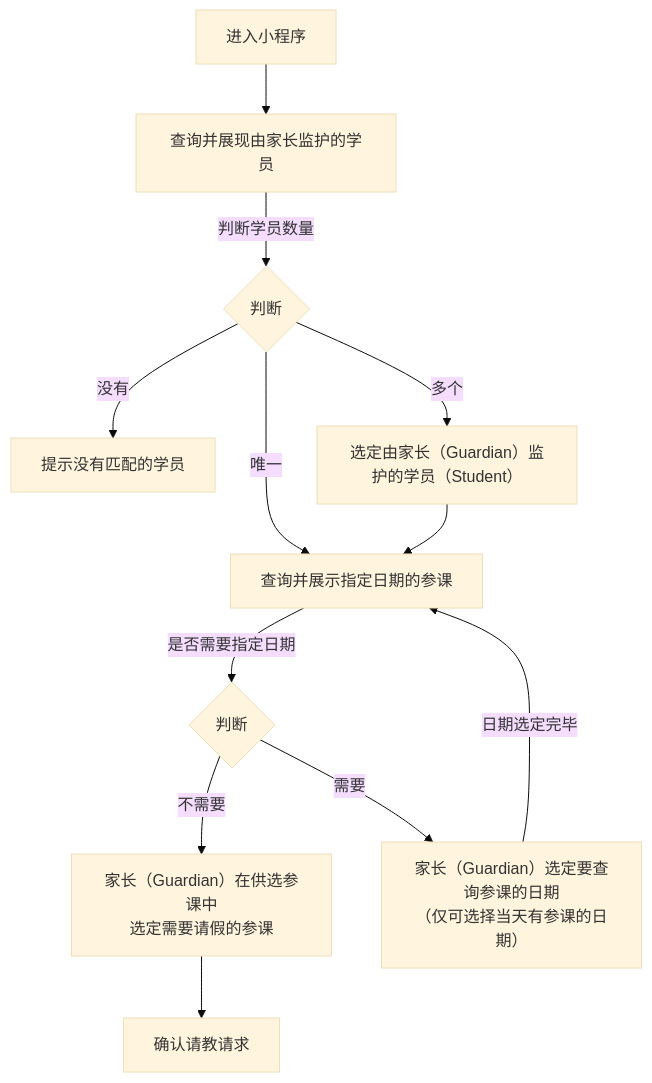
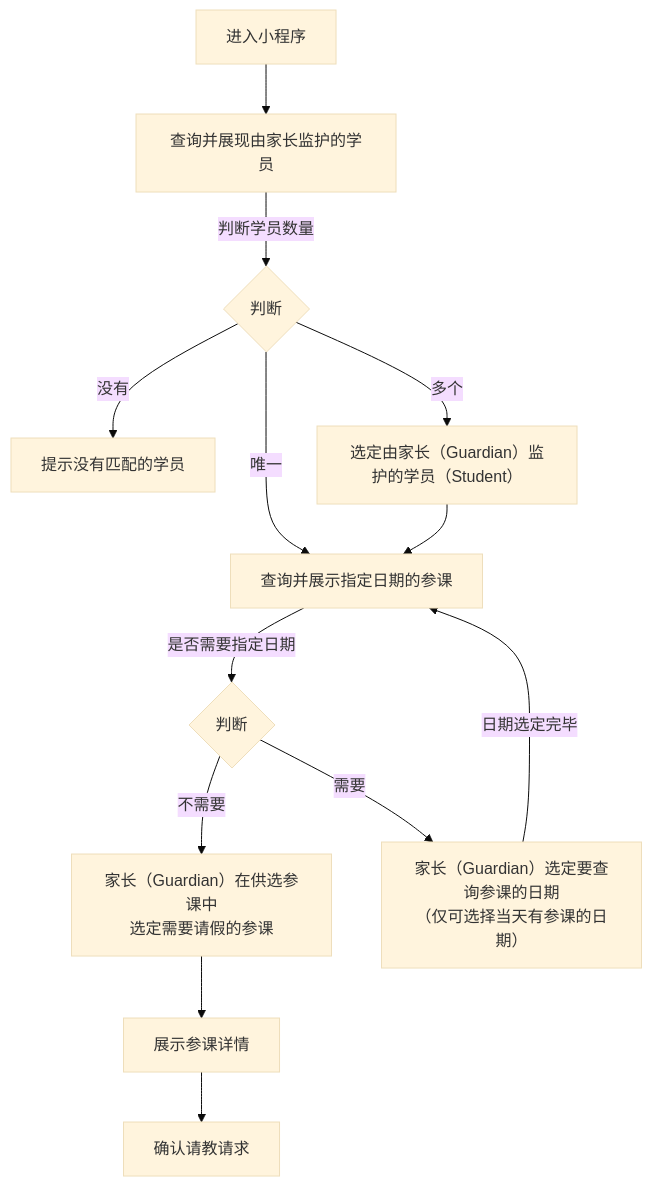
One commit to world-wide-web/sign changed the diagram in 用例/请假.md. Above: the diagram before and after it, drawn with Mermaid (base theme). The commit also changed other lines of this file, not shown here.

````diff
--- a/用例/请假.md
+++ b/用例/请假.md
@@ -7,37 +7,39 @@
 ```mermaid
 graph TD
 
 进入小程序-->查询并展现由家长监护的学员
 
 查询并展现由家长监护的学员--判断学员数量-->判断学员数量
 
 判断学员数量--没有-->提示没有匹配的学员
 
 判断学员数量--唯一-->查询并展示指定日期的参课
 
 判断学员数量--多个-->选定学员
 
 选定学员-->查询并展示指定日期的参课
 
 查询并展示指定日期的参课--是否需要指定日期-->决定是否需要指定日期
 
 决定是否需要指定日期--不需要-->选定参课
 
 决定是否需要指定日期--需要-->选定日期
 
 选定日期--日期选定完毕-->查询并展示指定日期的参课
 
-选定参课-->确认请教请求
+选定参课-->展示参课详情
+
+展示参课详情-->确认请教请求
 
 判断学员数量{"<center>判断</center>"}
 
 选定学员["<center>选定由家长（Guardian）监护的学员（Student）</center>"]
 
 决定是否需要指定日期{"<center>判断</center>"}
 
 选定日期["<center>家长（Guardian）选定要查询参课的日期<br>（仅可选择当天有参课的日期）</center>"]
 
 选定参课["<center>家长（Guardian）在供选参课中<br>选定需要请假的参课</center>"]
 
 
 ```
````
